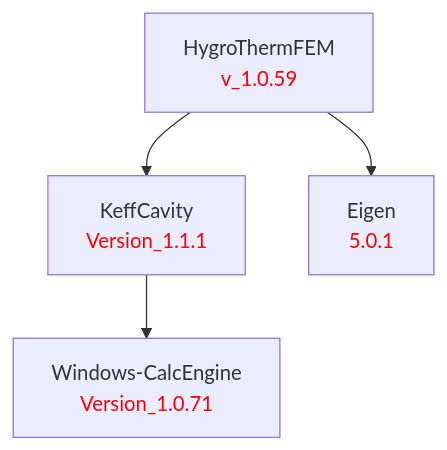
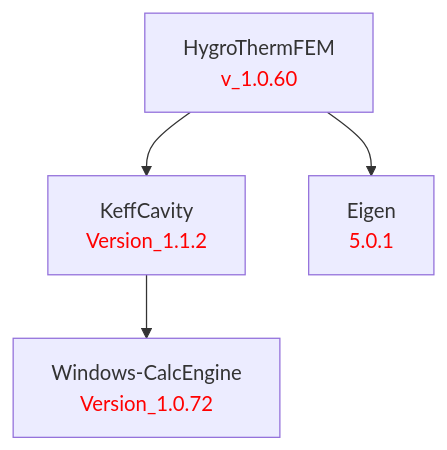
One commit to LBNL-ETA/HygroThermFEM changed the diagram in doc/HygroThermFEM.md. Above: the diagram before and after it, drawn with Mermaid.

Commit message:
Sync auto-generated dep chart for v_1.0.60

````diff
--- a/doc/HygroThermFEM.md
+++ b/doc/HygroThermFEM.md
@@ -1,13 +1,13 @@
 ```mermaid
 graph TD
     %% Package definitions
-    HygroThermFEM[HygroThermFEM<br/><font color='red'>v_1.0.59</font>]
-    KeffCavity[KeffCavity<br/><font color='red'>Version_1.1.1</font>]
+    HygroThermFEM[HygroThermFEM<br/><font color='red'>v_1.0.60</font>]
+    KeffCavity[KeffCavity<br/><font color='red'>Version_1.1.2</font>]
     Eigen[Eigen<br/><font color='red'>5.0.1</font>]
-    WindowsCalcEngine[Windows-CalcEngine<br/><font color='red'>Version_1.0.71</font>]
+    WindowsCalcEngine[Windows-CalcEngine<br/><font color='red'>Version_1.0.72</font>]
 
     %% Package relations
     HygroThermFEM --> KeffCavity
     HygroThermFEM --> Eigen
     KeffCavity --> WindowsCalcEngine
 ```
````
